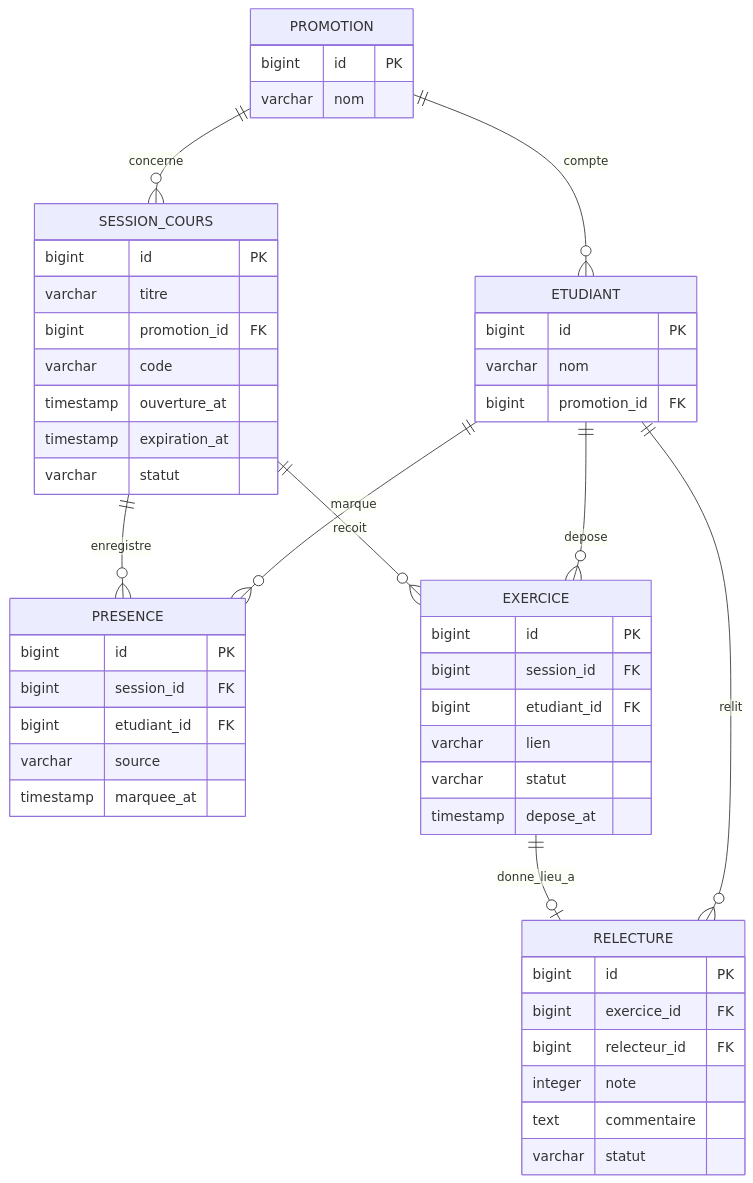
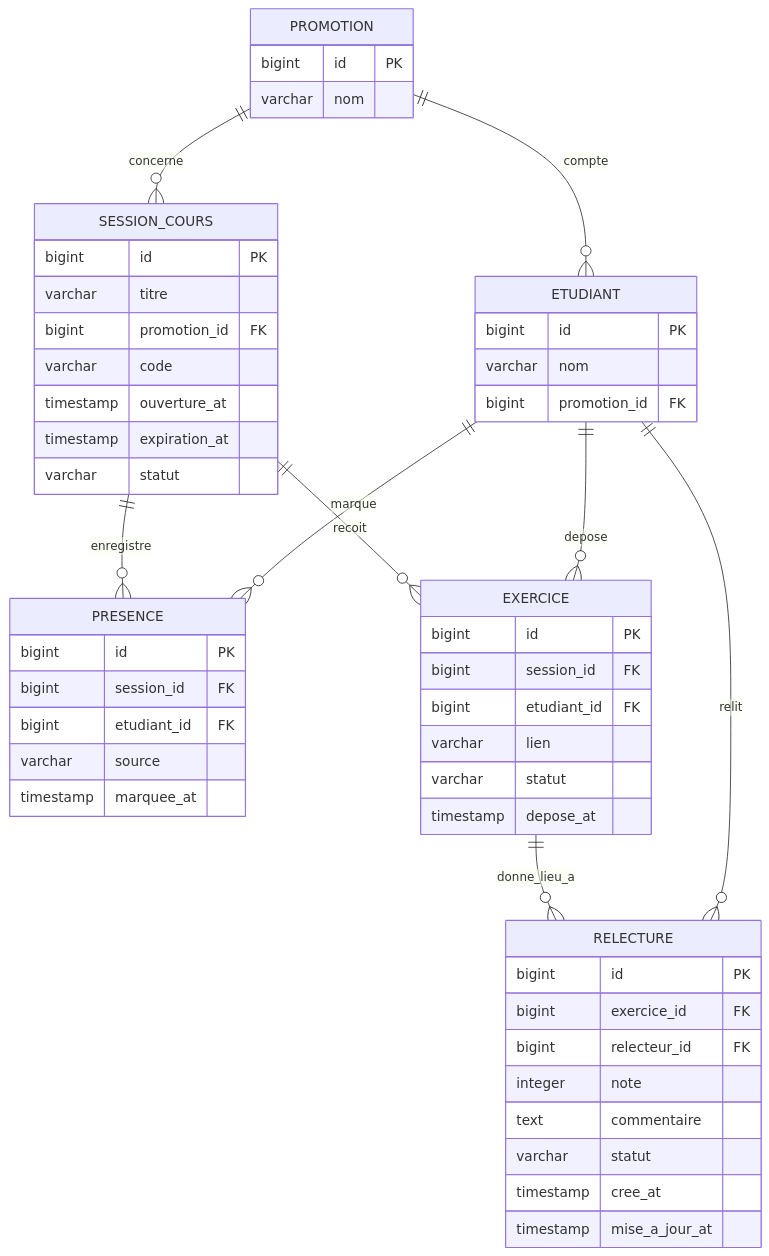
Before and after one commit to Guela-Signey-Lionel/kfokam48-epreuve-188: the diagram in docs/diagrammes/D2-modele-donnees.md, drawn with Mermaid. The commit also changed other lines of this file and 4 other files, not shown here.

First line of the commit message:
docs: cahier des charges v2, diagramme D2 et journal alignés sur le changement

````diff
--- a/docs/diagrammes/D2-modele-donnees.md
+++ b/docs/diagrammes/D2-modele-donnees.md
@@ -6,53 +7,55 @@
 ```mermaid
 erDiagram
     PROMOTION ||--o{ ETUDIANT : compte
     PROMOTION ||--o{ SESSION_COURS : concerne
     SESSION_COURS ||--o{ PRESENCE : enregistre
     ETUDIANT ||--o{ PRESENCE : marque
     SESSION_COURS ||--o{ EXERCICE : recoit
     ETUDIANT ||--o{ EXERCICE : depose
-    EXERCICE ||--o| RELECTURE : donne_lieu_a
+    EXERCICE ||--o{ RELECTURE : donne_lieu_a
     ETUDIANT ||--o{ RELECTURE : relit
 
     PROMOTION {
         bigint id PK
         varchar nom
     }
     ETUDIANT {
         bigint id PK
         varchar nom
         bigint promotion_id FK
     }
     SESSION_COURS {
         bigint id PK
         varchar titre
         bigint promotion_id FK
         varchar code
         timestamp ouverture_at
         timestamp expiration_at
         varchar statut
     }
     PRESENCE {
         bigint id PK
         bigint session_id FK
         bigint etudiant_id FK
         varchar source
         timestamp marquee_at
     }
     EXERCICE {
         bigint id PK
         bigint session_id FK
         bigint etudiant_id FK
         varchar lien
         varchar statut
         timestamp depose_at
     }
     RELECTURE {
         bigint id PK
         bigint exercice_id FK
         bigint relecteur_id FK
         integer note
         text commentaire
         varchar statut
+        timestamp cree_at
+        timestamp mise_a_jour_at
     }
 ```
````
